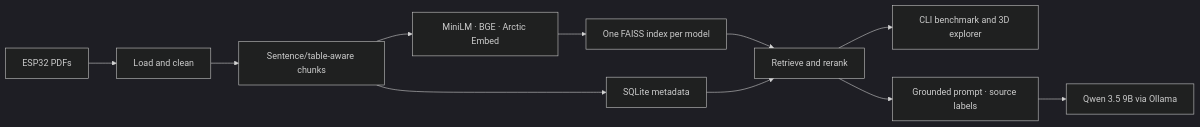
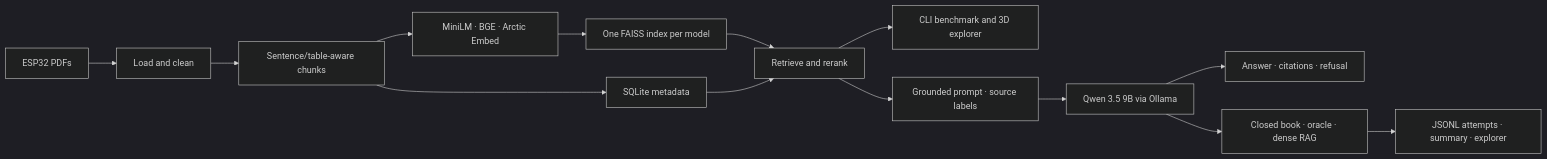
Before and after one commit to TomiHeikkinen96/Embedded-Rag-Evaluation-Platform: the second of 2 diagrams in README.md, drawn with Mermaid (dark theme). The commit also changed other lines of this file and 1 other file, not shown here.

````diff
--- a/README.md
+++ b/README.md
@@ -58,13 +62,16 @@
 ```mermaid
 flowchart LR
     PDF["ESP32 PDFs"] --> LOAD["Load and clean"]
     LOAD --> CHUNK["Sentence/table-aware chunks"]
     CHUNK --> EMBED["MiniLM · BGE · Arctic Embed"]
     EMBED --> FAISS["One FAISS index per model"]
     CHUNK --> SQLITE["SQLite metadata"]
     FAISS --> SEARCH["Retrieve and rerank"]
     SQLITE --> SEARCH
     SEARCH --> INSPECT["CLI benchmark and 3D explorer"]
     SEARCH --> PROMPT["Grounded prompt · source labels"]
     PROMPT --> QWEN["Qwen 3.5 9B via Ollama"]
+    QWEN --> ANSWER["Answer · citations · refusal"]
+    QWEN --> EVAL["Closed book · oracle · dense RAG"]
+    EVAL --> RUNS["JSONL attempts · summary · explorer"]
 ```
````
